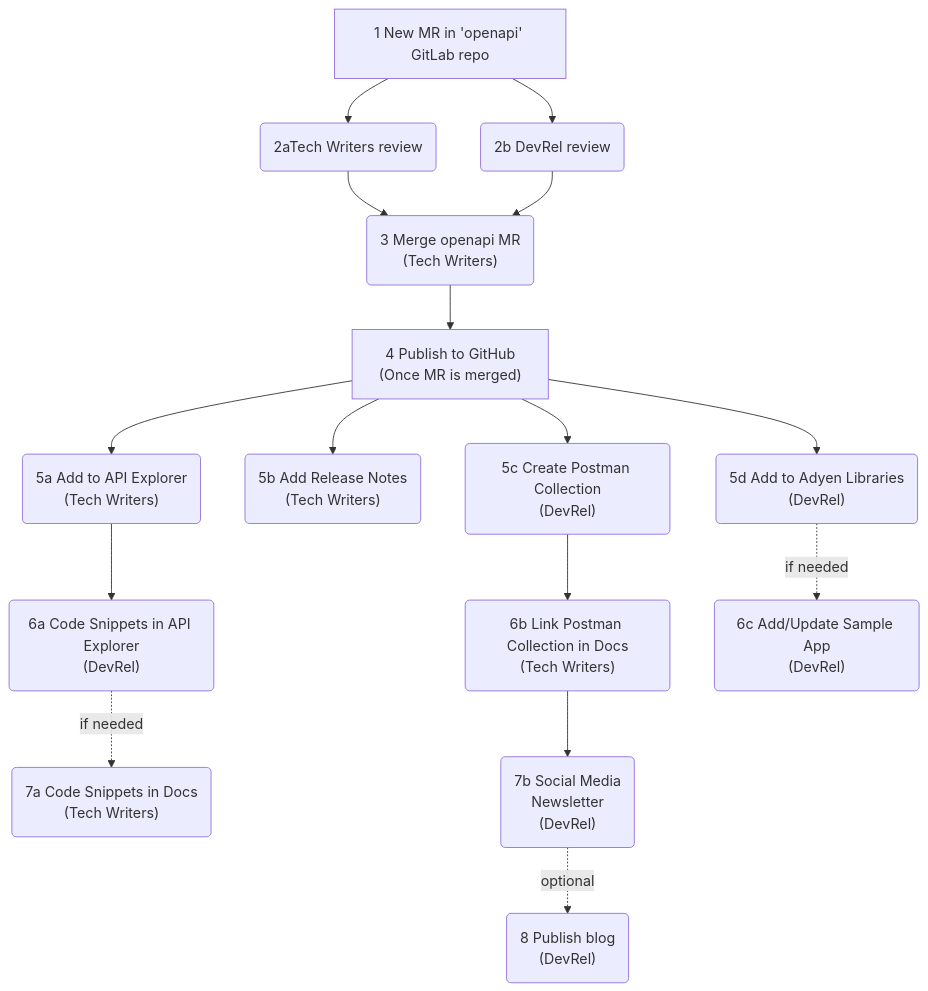
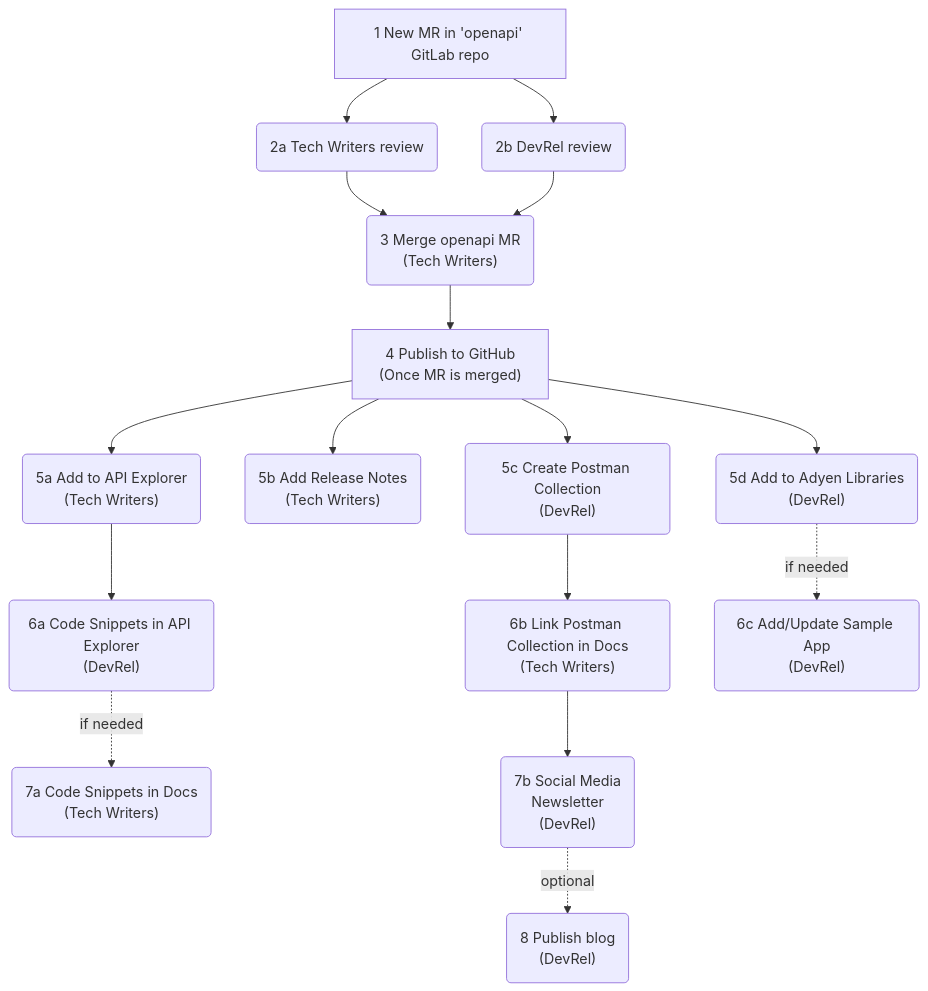
One commit to adyen-examples/.github changed the diagram in pages/new-api-flow.md. Above: the diagram before and after it, drawn with Mermaid.

````diff
--- a/pages/new-api-flow.md
+++ b/pages/new-api-flow.md
@@ -1,41 +1,41 @@
 ```mermaid
 flowchart TB;
-  START[1 New MR in 'openapi' GitLab repo] --> TECH_WRITERS_REVIEW(2aTech Writers review)
+  START[1 New MR in 'openapi' GitLab repo] --> TECH_WRITERS_REVIEW(2a Tech Writers review)
   START[1 New MR in 'openapi' GitLab repo] --> DEVREL_REVIEW(2b DevRel review)
 
  TECH_WRITERS_REVIEW --> MERGE_OPENAPI_MR
  DEVREL_REVIEW --> MERGE_OPENAPI_MR
 
  MERGE_OPENAPI_MR("`3 Merge openapi MR
 (Tech Writers)`") --> PUBLISH_TO_GITHUB["`4 Publish to GitHub
 (Once MR is merged)`"]
 
   PUBLISH_TO_GITHUB --> API_EXPLORER("`5a Add to API Explorer
 (Tech Writers)`")
   PUBLISH_TO_GITHUB --> API_RELEASE_NOTES("`5b Add Release Notes
 (Tech Writers)`")
   PUBLISH_TO_GITHUB --> CREATE_POSTMAN_COLLECTION("`5c Create Postman Collection
 (DevRel)`")
   PUBLISH_TO_GITHUB --> ADD_ADYEN_LIBRARIES("`5d Add to Adyen Libraries
 (DevRel)`")
 
 
   API_EXPLORER --> API_EXPLORER_CODE_SNIPPETS("`6a Code Snippets in API Explorer
 (DevRel)`")
   CREATE_POSTMAN_COLLECTION --> LINK_POSTMAN_COLLECTION("`6b Link Postman Collection in Docs
 (Tech Writers)`")
 
   API_EXPLORER_CODE_SNIPPETS -. if needed .-> DOCS_CODE_SNIPPETS("`7a Code Snippets in Docs
 (Tech Writers)`")
 
   ADD_ADYEN_LIBRARIES -. if needed .-> SAMPLE_APP("`6c Add/Update Sample App
 (DevRel)`")
 
   LINK_POSTMAN_COLLECTION --> ANNOUNCEMENT("`7b Social Media
 Newsletter
 (DevRel)`")
 
   ANNOUNCEMENT -. optional .-> BLOG("`8 Publish blog
 (DevRel)`")
 
 ```
````
